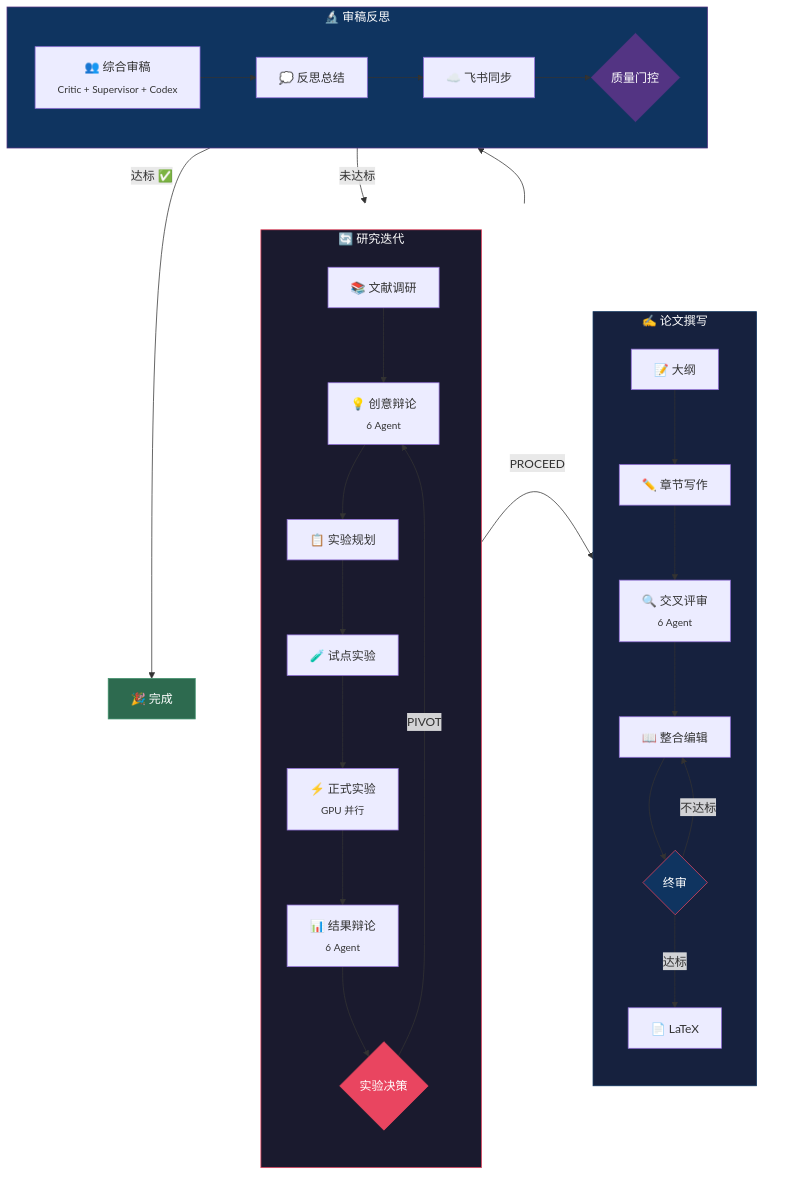
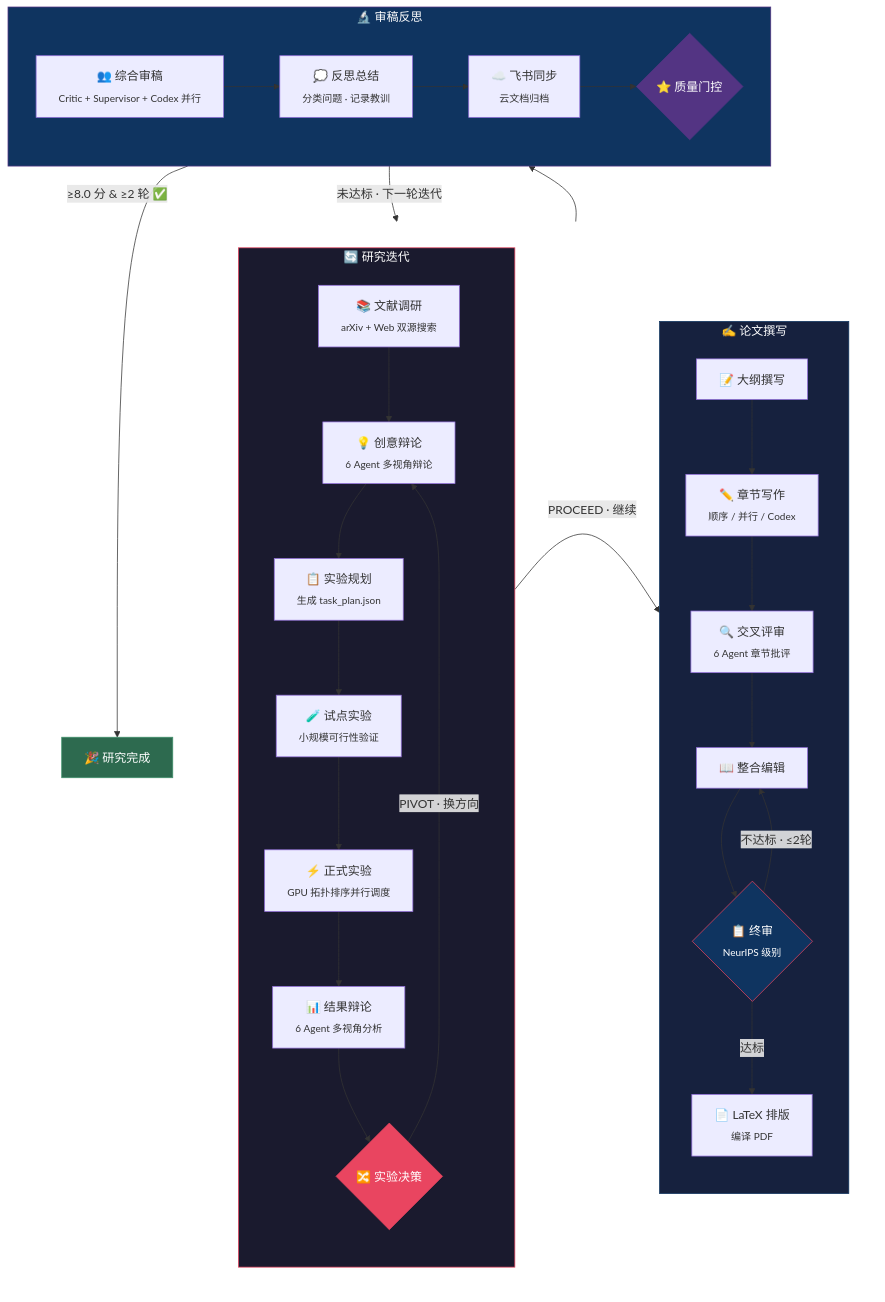
One commit to Sibyl-Research-Team/sibyl-research-system changed the first of 2 diagrams in README.md. Above: the diagram before and after it, drawn with Mermaid.

Commit message:
docs: restore detail descriptions to workflow diagram nodes

````diff
--- a/README.md
+++ b/README.md
@@ -20,47 +20,49 @@
 ```mermaid
 graph TD
     subgraph row1[" "]
         direction LR
         subgraph iteration["🔄 研究迭代"]
             direction TB
-            lit["📚 文献调研"] --> idea["💡 创意辩论<br/><sub>6 Agent</sub>"]
-            idea --> plan["📋 实验规划"]
-            plan --> pilot["🧪 试点实验"]
-            pilot --> exp["⚡ 正式实验<br/><sub>GPU 并行</sub>"]
-            exp --> result["📊 结果辩论<br/><sub>6 Agent</sub>"]
-            result --> decision{"实验决策"}
-            decision -- "PIVOT" --> idea
+            lit["📚 文献调研<br/><sub>arXiv + Web 双源搜索</sub>"]
+            lit --> idea["💡 创意辩论<br/><sub>6 Agent 多视角辩论</sub>"]
+            idea --> plan["📋 实验规划<br/><sub>生成 task_plan.json</sub>"]
+            plan --> pilot["🧪 试点实验<br/><sub>小规模可行性验证</sub>"]
+            pilot --> exp["⚡ 正式实验<br/><sub>GPU 拓扑排序并行调度</sub>"]
+            exp --> result["📊 结果辩论<br/><sub>6 Agent 多视角分析</sub>"]
+            result --> decision{"🔀 实验决策"}
+            decision -- "PIVOT · 换方向" --> idea
         end
 
         subgraph writing["✍️ 论文撰写"]
             direction TB
-            outline["📝 大纲"] --> sections["✏️ 章节写作"]
-            sections --> critique["🔍 交叉评审<br/><sub>6 Agent</sub>"]
+            outline["📝 大纲撰写"]
+            outline --> sections["✏️ 章节写作<br/><sub>顺序 / 并行 / Codex</sub>"]
+            sections --> critique["🔍 交叉评审<br/><sub>6 Agent 章节批评</sub>"]
             critique --> integrate["📖 整合编辑"]
-            integrate --> final{"终审"}
-            final -- "不达标" --> integrate
-            final -- "达标" --> latex["📄 LaTeX"]
+            integrate --> final{"📋 终审<br/><sub>NeurIPS 级别</sub>"}
+            final -- "不达标 · ≤2轮" --> integrate
+            final -- "达标" --> latex["📄 LaTeX 排版<br/><sub>编译 PDF</sub>"]
         end
 
         iteration ~~~ writing
     end
 
     subgraph review["🔬 审稿反思"]
         direction LR
-        rev["👥 综合审稿<br/><sub>Critic + Supervisor + Codex</sub>"] --> reflect["💭 反思总结"] --> lark["☁️ 飞书同步"] --> gate{"质量门控"}
+        rev["👥 综合审稿<br/><sub>Critic + Supervisor + Codex 并行</sub>"] --> reflect["💭 反思总结<br/><sub>分类问题 · 记录教训</sub>"] --> lark["☁️ 飞书同步<br/><sub>云文档归档</sub>"] --> gate{"⭐ 质量门控"}
     end
 
-    decision -- "PROCEED" --> outline
+    decision -- "PROCEED · 继续" --> outline
     latex --> rev
-    gate -- "达标 ✅" --> done["🎉 完成"]
-    gate -- "未达标" --> lit
+    gate -- "≥8.0 分 & ≥2 轮 ✅" --> done["🎉 研究完成"]
+    gate -- "未达标 · 下一轮迭代" --> lit
 
     style row1 fill:none,stroke:none
     style iteration fill:#1a1a2e,stroke:#e94560,color:#fff
     style writing fill:#16213e,stroke:#0f3460,color:#fff
     style review fill:#0f3460,stroke:#533483,color:#fff
     style done fill:#2d6a4f,stroke:#40916c,color:#fff
     style decision fill:#e94560,stroke:#e94560,color:#fff
     style final fill:#0f3460,stroke:#e94560,color:#fff
     style gate fill:#533483,stroke:#533483,color:#fff
 ```
````
